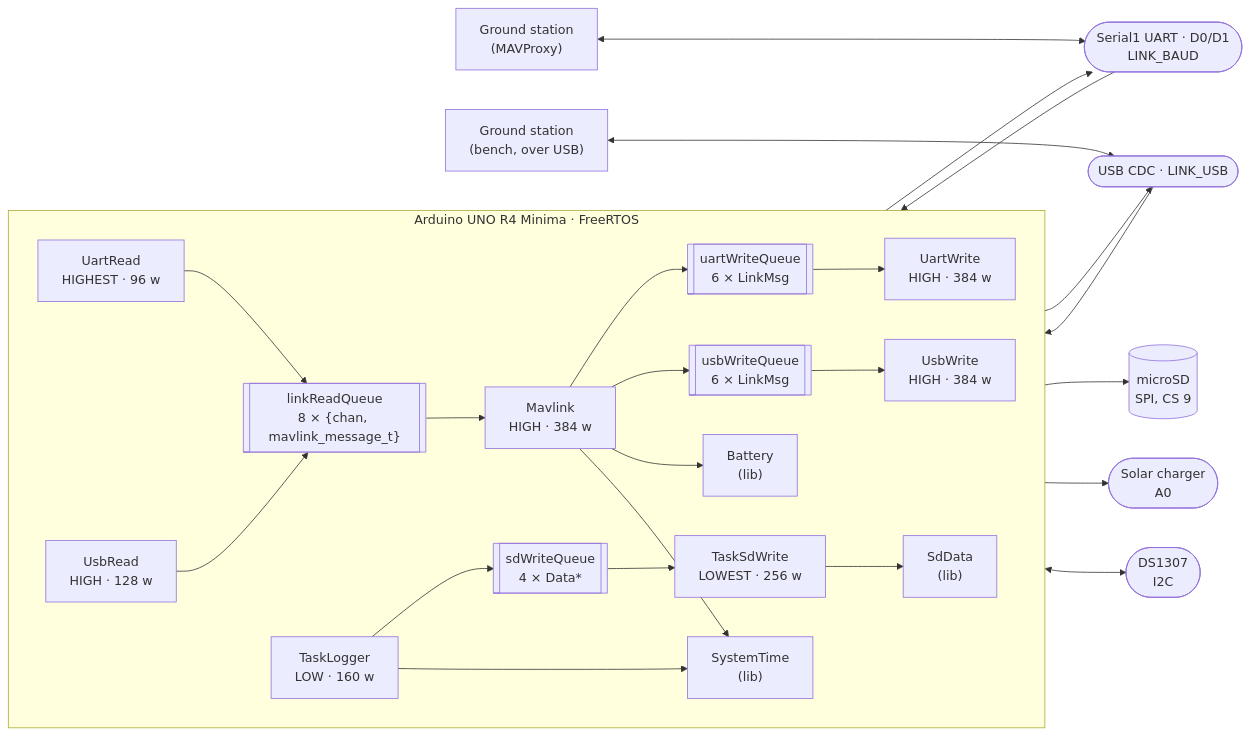
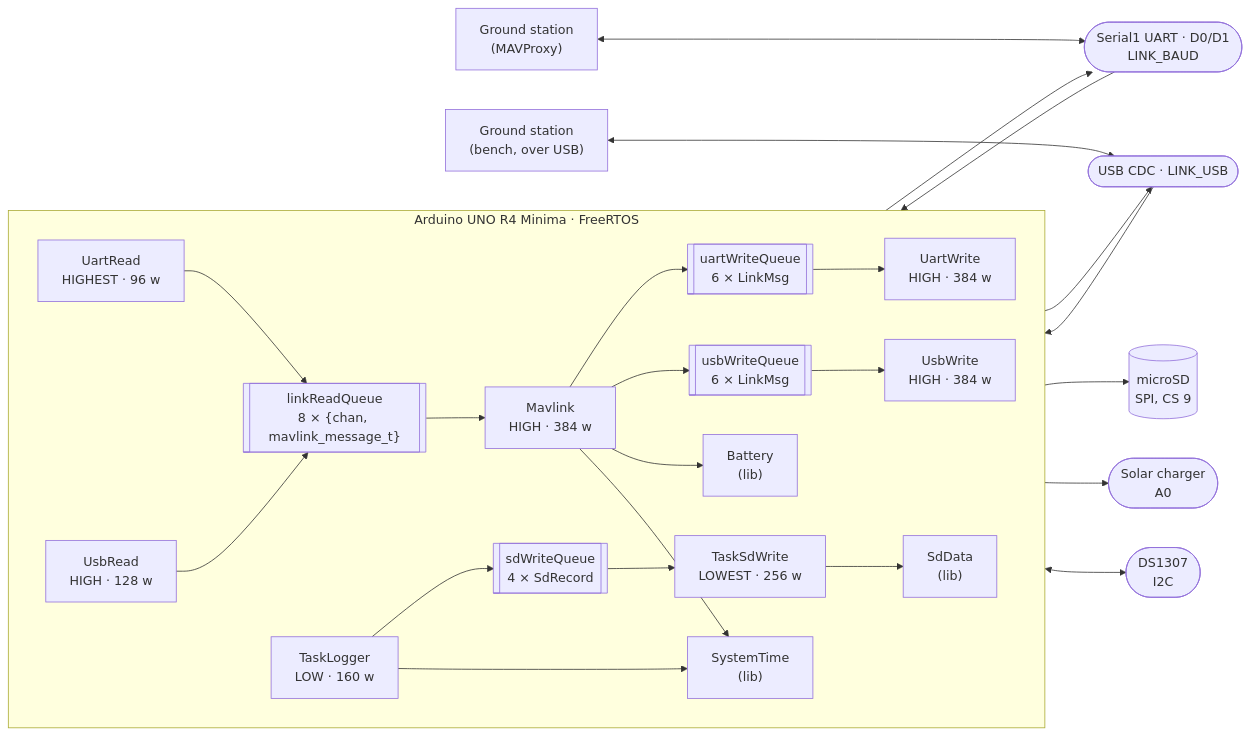
The diagram in ARCHITECTURE.md (hectorespert/BoredomOS), drawn with Mermaid before and after one commit. The commit also changed other lines of this file and 20 other files, not shown here.

````diff
--- a/ARCHITECTURE.md
+++ b/ARCHITECTURE.md
@@ -31,53 +31,53 @@
 ```mermaid
 flowchart LR
     GCS["Ground station<br/>(MAVProxy)"]
 
     subgraph board["Arduino UNO R4 Minima · FreeRTOS"]
         direction LR
 
         UR["UartRead<br/>HIGHEST · 96 w"]
         UW["UartWrite<br/>HIGH · 384 w"]
         BR["UsbRead<br/>HIGH · 128 w"]
         BW["UsbWrite<br/>HIGH · 384 w"]
         MV["Mavlink<br/>HIGH · 384 w"]
         LG["TaskLogger<br/>LOW · 160 w"]
         SDW["TaskSdWrite<br/>LOWEST · 256 w"]
 
         RQ[["linkReadQueue<br/>8 × {chan, mavlink_message_t}"]]
         UWQ[["uartWriteQueue<br/>6 × LinkMsg"]]
         BWQ[["usbWriteQueue<br/>6 × LinkMsg"]]
-        DQ[["sdWriteQueue<br/>4 × Data*"]]
+        DQ[["sdWriteQueue<br/>4 × SdRecord"]]
 
         BAT["Battery<br/>(lib)"]
         ST["SystemTime<br/>(lib)"]
         SDD["SdData<br/>(lib)"]
     end
 
     LINK(["Serial1 UART · D0/D1<br/>LINK_BAUD"])
     USB(["USB CDC · LINK_USB"])
     CARD[("microSD<br/>SPI, CS 9")]
     ADC(["Solar charger<br/>A0"])
     RTC(["DS1307<br/>I2C"])
 
     GCS <--> LINK
     GCS2["Ground station<br/>(bench, over USB)"] <--> USB
 
     LINK --> UR
     UW --> LINK
     USB --> BR
     BW --> USB
 
     UR --> RQ
     BR --> RQ
     RQ --> MV
     MV --> UWQ --> UW
     MV --> BWQ --> BW
 
     LG --> DQ --> SDW
     SDW --> SDD --> CARD
 
     MV --> BAT --> ADC
     MV --> ST
     LG --> ST
     ST <--> RTC
 ```
````
